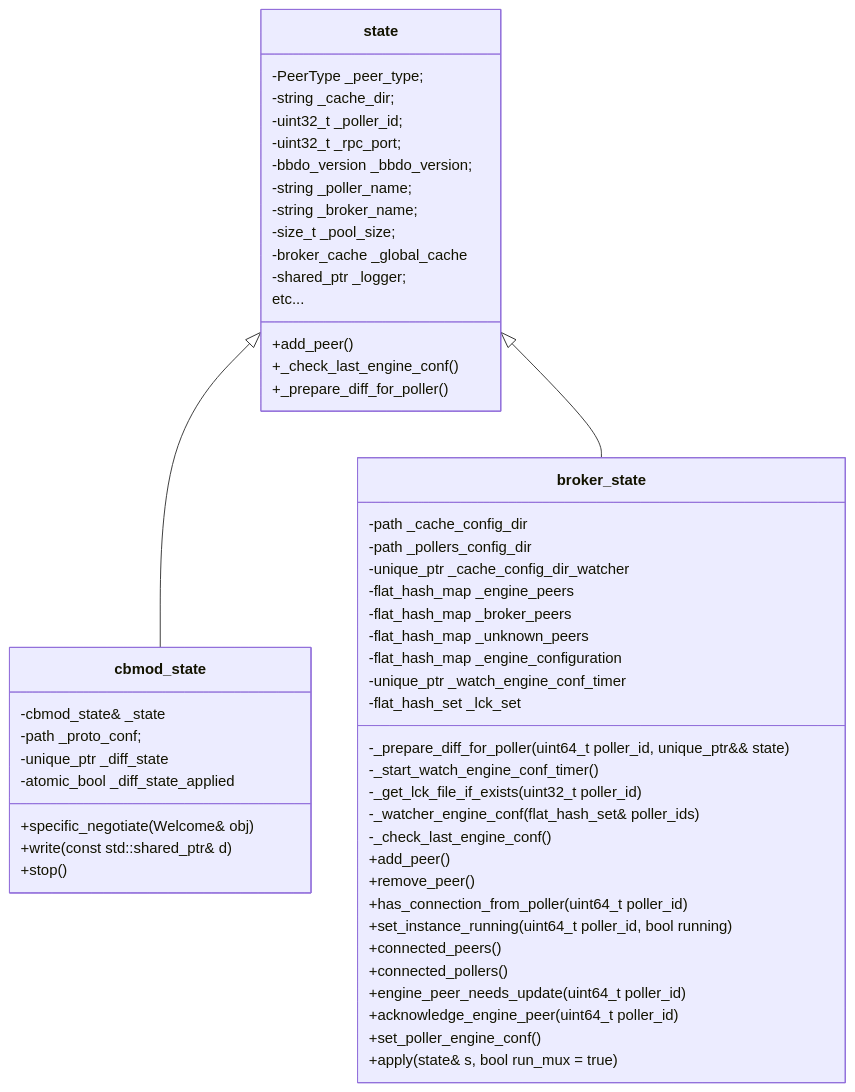
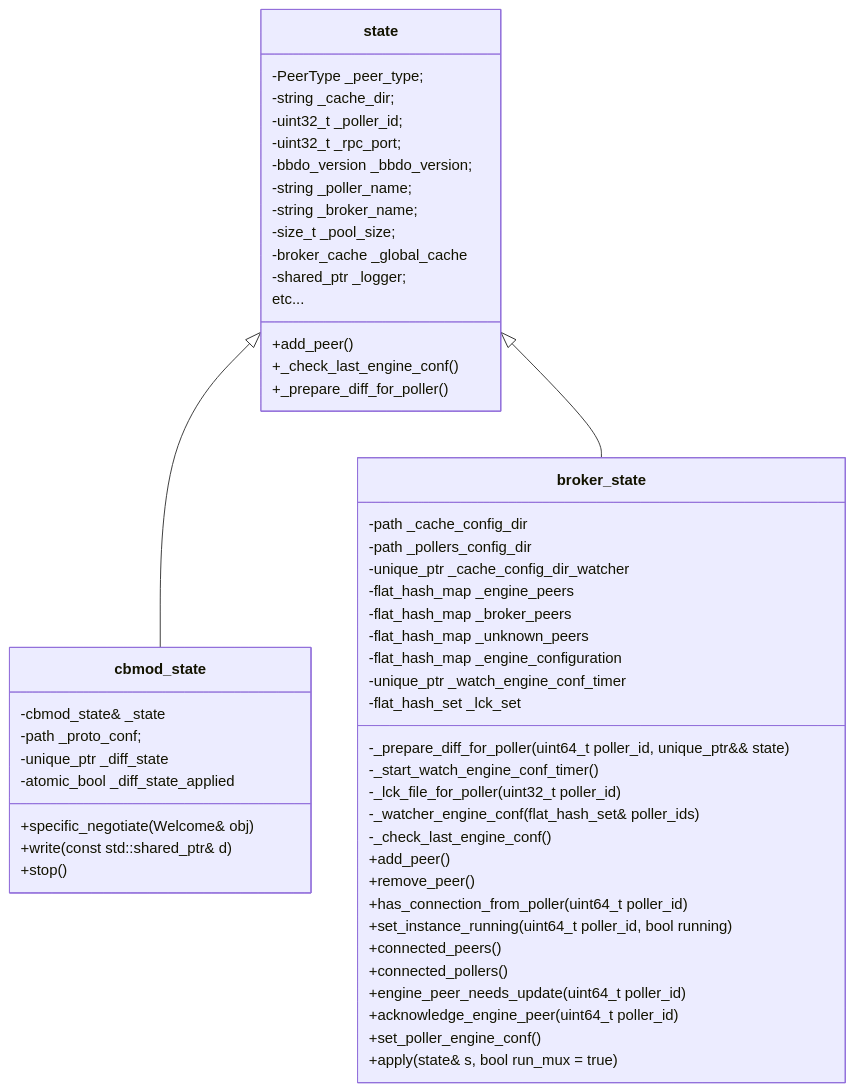
Before and after one commit to centreon/centreon-collect: diagram 18 of 43 in doc/nego-engine-broker-en.md, drawn with Mermaid. The commit also changed other lines of this file and 9 other files, not shown here.

````diff
--- a/doc/nego-engine-broker-en.md
+++ b/doc/nego-engine-broker-en.md
@@ -1659,57 +1688,57 @@
 ```mermaid
 classDiagram
     class state {
         -PeerType _peer_type;
         -string _cache_dir;
         -uint32_t _poller_id;
         -uint32_t _rpc_port;
         -bbdo_version _bbdo_version;
         -string _poller_name;
         -string _broker_name;
         -size_t _pool_size;
         -broker_cache _global_cache
         -shared_ptr<spdlog::logger> _logger;
 
         +add_peer()
         +_check_last_engine_conf()
         +_prepare_diff_for_poller()
         etc...
     }
     class cbmod_state {
         -cbmod_state& _state
         -path _proto_conf;
         -unique_ptr<DiffState> _diff_state
         -atomic_bool _diff_state_applied
         +specific_negotiate(Welcome& obj)
         +write(const std::shared_ptr<io::data>& d)
         +stop()
     }
     class broker_state {
         -path _cache_config_dir
         -path _pollers_config_dir
         -unique_ptr<directory_watcher> _cache_config_dir_watcher
         -flat_hash_map<peer_key, engine_peer> _engine_peers
         -flat_hash_map<peer_key, broker_peer> _broker_peers
         -flat_hash_map<peer_key, unknown_peer> _unknown_peers
         -flat_hash_map<uint64_t, string> _engine_configuration
         -unique_ptr<steady_timer> _watch_engine_conf_timer
         -flat_hash_set<uint32_t> _lck_set
         -_prepare_diff_for_poller(uint64_t poller_id, unique_ptr<State>&& state)
         -_start_watch_engine_conf_timer()
-        -_get_lck_file_if_exists(uint32_t poller_id)
+        -_lck_file_for_poller(uint32_t poller_id)
         -_watcher_engine_conf(flat_hash_set<uint32_t>& poller_ids)
         -_check_last_engine_conf()
         +add_peer()
         +remove_peer()
         +has_connection_from_poller(uint64_t poller_id)
         +set_instance_running(uint64_t poller_id, bool running)
         +connected_peers()
         +connected_pollers()
         +engine_peer_needs_update(uint64_t poller_id)
         +acknowledge_engine_peer(uint64_t poller_id)
         +set_poller_engine_conf()
         +apply(state& s, bool run_mux = true)
     }
     state <|-- cbmod_state
     state <|-- broker_state
 ```
````
